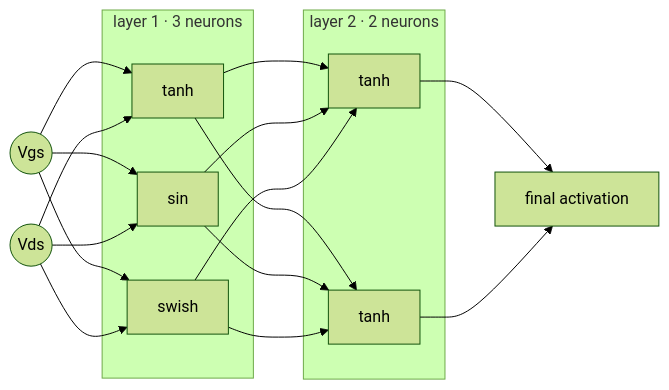
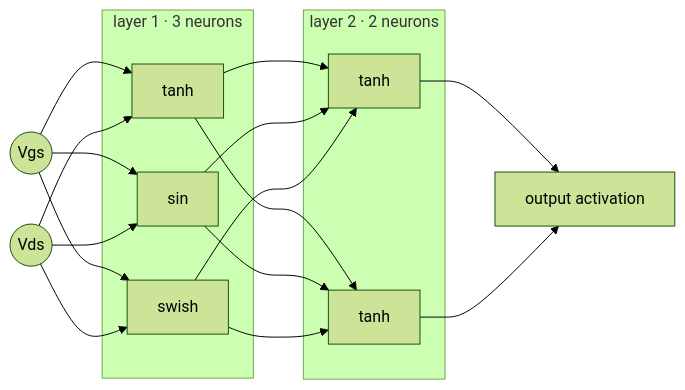
The second of 5 diagrams in docs/MODEL_ARCHITECTURES_EXPLAINED.md (Angel-AD/transistor_modeling), drawn with Mermaid (forest theme) before and after one commit. The commit also changed other lines of this file, not shown here.

First line of the commit message:
Use 'output activation' consistently instead of 'final activation'/'final step'

````diff
--- a/docs/MODEL_ARCHITECTURES_EXPLAINED.md
+++ b/docs/MODEL_ARCHITECTURES_EXPLAINED.md
@@ -47,16 +47,16 @@
 ```mermaid
 flowchart LR
     subgraph L1["layer 1 · 3 neurons"]
         A1["tanh"]
         A2["sin"]
         A3["swish"]
     end
     subgraph L2["layer 2 · 2 neurons"]
         B1["tanh"]
         B2["tanh"]
     end
     Vgs(("Vgs")) --> A1 & A2 & A3
     Vds(("Vds")) --> A1 & A2 & A3
     A1 & A2 & A3 --> B1 & B2
-    B1 & B2 --> OUT["final activation"]
+    B1 & B2 --> OUT["output activation"]
 ```
````
